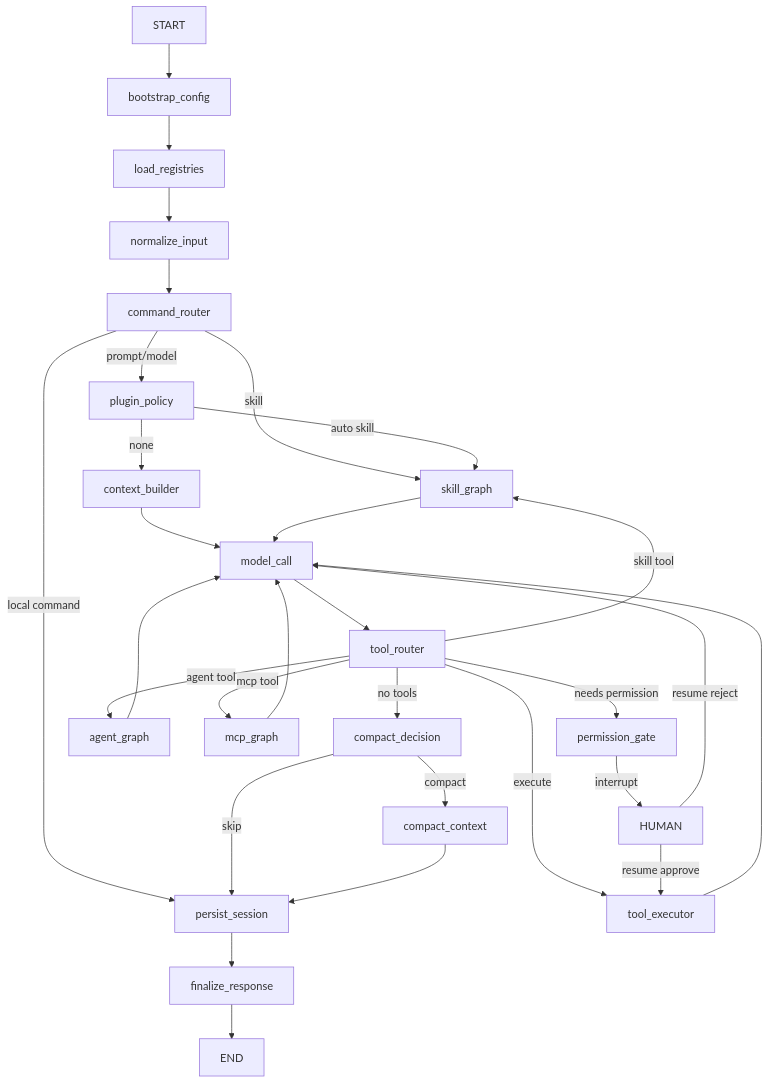
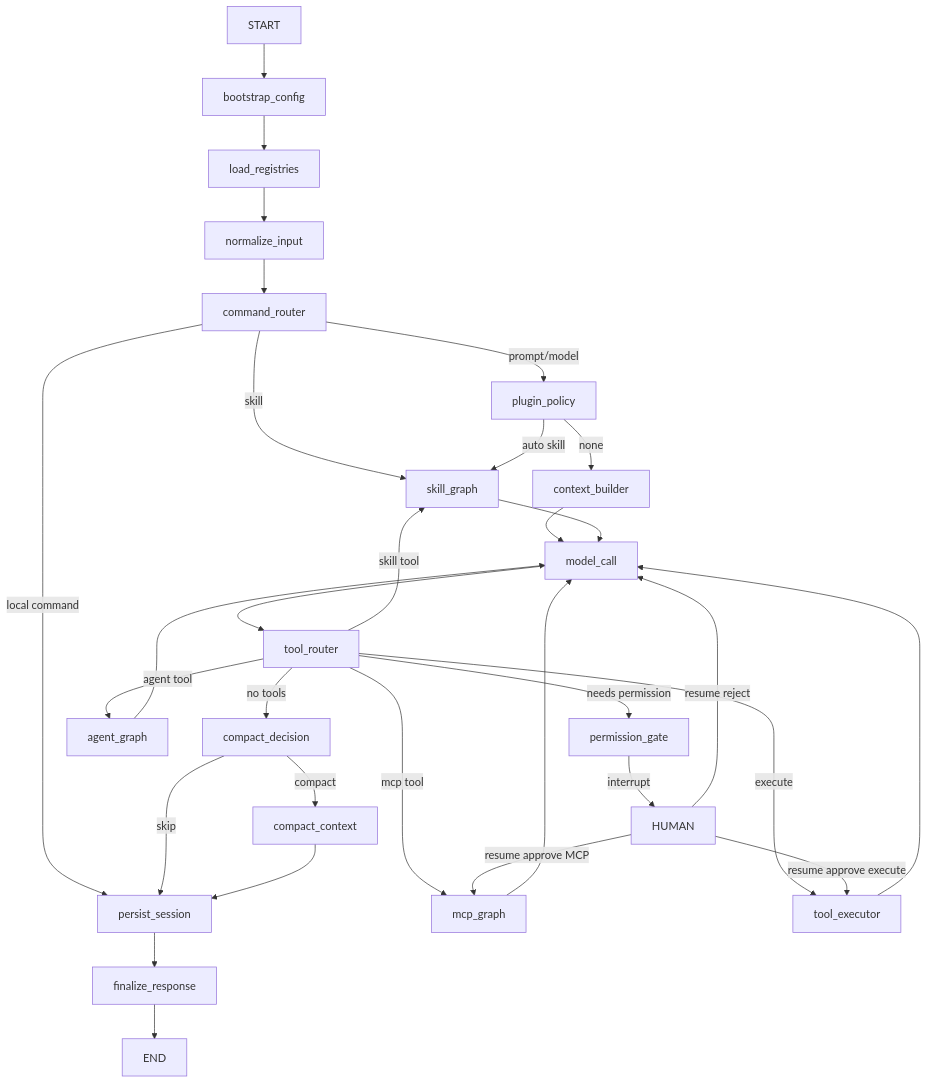
One commit to dimkablin/langraph-agent-blueprint changed the diagram in docs/GRAPH_ARCHITECTURE.md. Above: the diagram before and after it, drawn with Mermaid. The commit also changed other lines of this file and 38 other files, not shown here.

````diff
--- a/docs/GRAPH_ARCHITECTURE.md
+++ b/docs/GRAPH_ARCHITECTURE.md
@@ -7,32 +7,33 @@
 ```mermaid
 flowchart TD
     START --> bootstrap_config
     bootstrap_config --> load_registries
     load_registries --> normalize_input
     normalize_input --> command_router
     command_router -->|local command| persist_session
     command_router -->|prompt/model| plugin_policy
     command_router -->|skill| skill_graph
     plugin_policy -->|auto skill| skill_graph
     plugin_policy -->|none| context_builder
     context_builder --> model_call
     model_call --> tool_router
     tool_router -->|no tools| compact_decision
     tool_router -->|skill tool| skill_graph
     tool_router -->|agent tool| agent_graph
     tool_router -->|mcp tool| mcp_graph
     tool_router -->|needs permission| permission_gate
     tool_router -->|execute| tool_executor
     permission_gate -->|interrupt| HUMAN
-    HUMAN -->|resume approve| tool_executor
+    HUMAN -->|resume approve execute| tool_executor
+    HUMAN -->|resume approve MCP| mcp_graph
     HUMAN -->|resume reject| model_call
     tool_executor --> model_call
     skill_graph --> model_call
     agent_graph --> model_call
     mcp_graph --> model_call
     compact_decision -->|compact| compact_context
     compact_decision -->|skip| persist_session
     compact_context --> persist_session
     persist_session --> finalize_response
     finalize_response --> END
 ```
````
